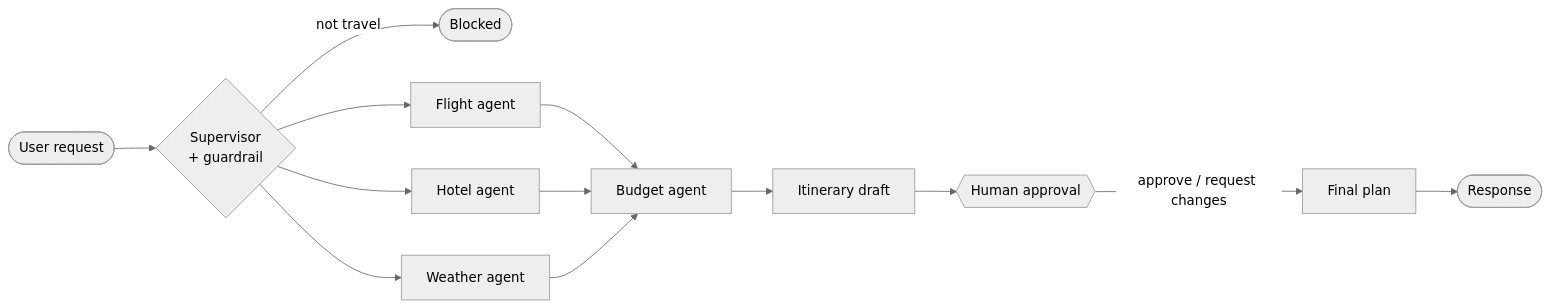
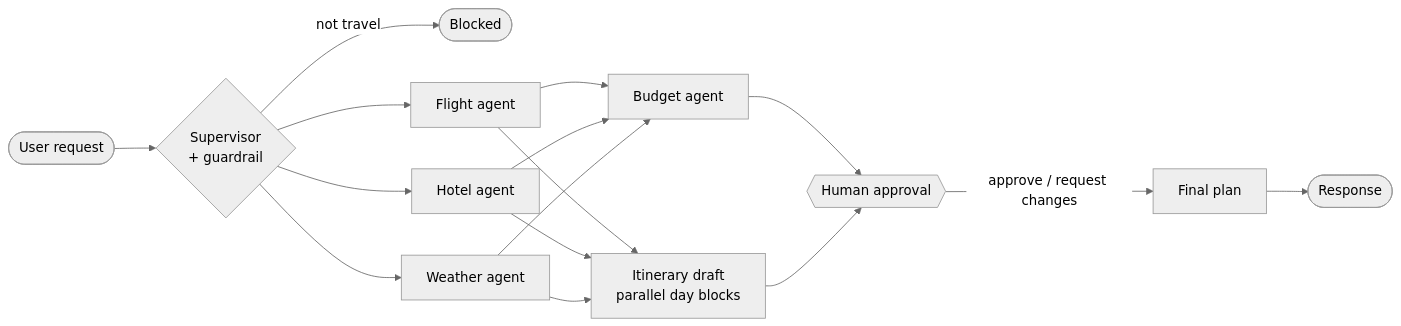
Before and after one commit to heyayush87/TripWeaver-AI: the diagram in README.md, drawn with Mermaid (neutral theme). The commit also changed other lines of this file and 21 other files, not shown here.

First line of the commit message:
feat: streaming, parallel itinerary, Postgres cache, new quick prompts

````diff
--- a/README.md
+++ b/README.md
@@ -38,15 +39,18 @@
 ```mermaid
 flowchart LR
     U([User request]) --> S{Supervisor<br/>+ guardrail}
     S -- not travel --> B([Blocked])
     S --> F[Flight agent]
     S --> H[Hotel agent]
     S --> W[Weather agent]
     F --> BU[Budget agent]
     H --> BU
     W --> BU
-    BU --> I[Itinerary draft]
-    I --> A{{Human approval}}
+    F --> I[Itinerary draft<br/>parallel day blocks]
+    H --> I
+    W --> I
+    BU --> A{{Human approval}}
+    I --> A
     A -- approve / request changes --> FN[Final plan]
     FN --> R([Response])
 ```
````
